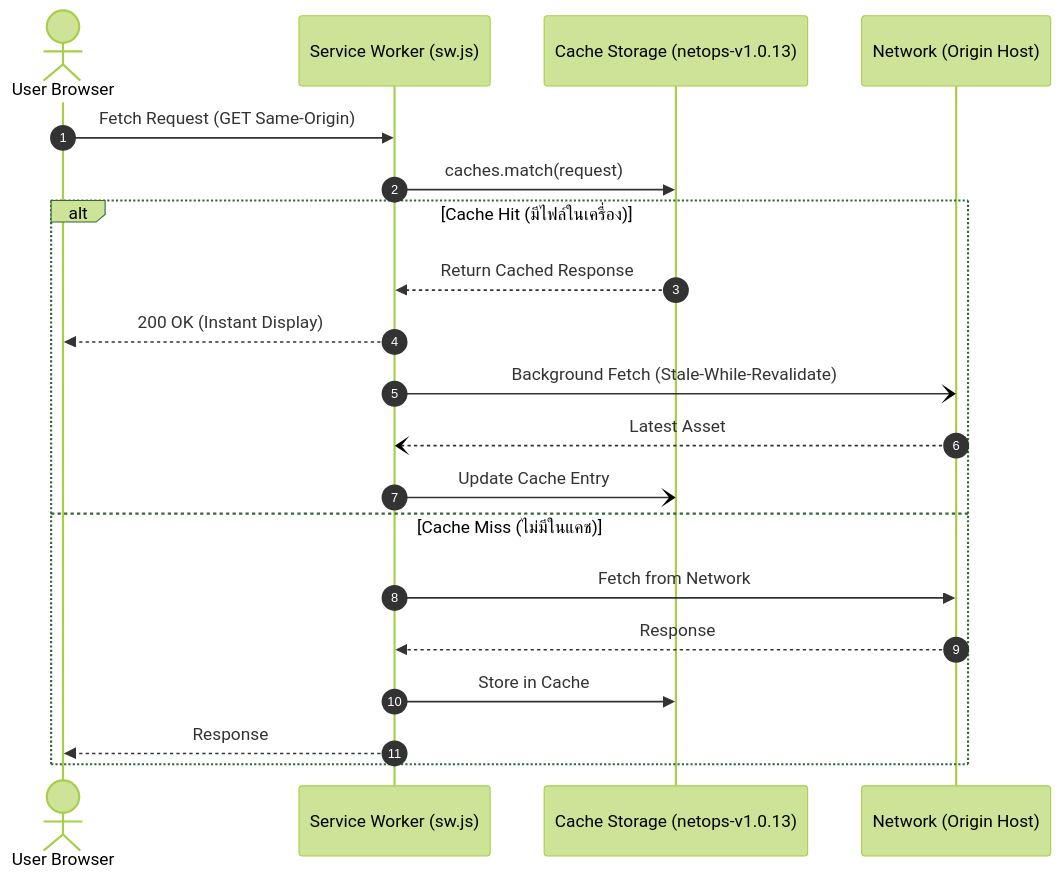
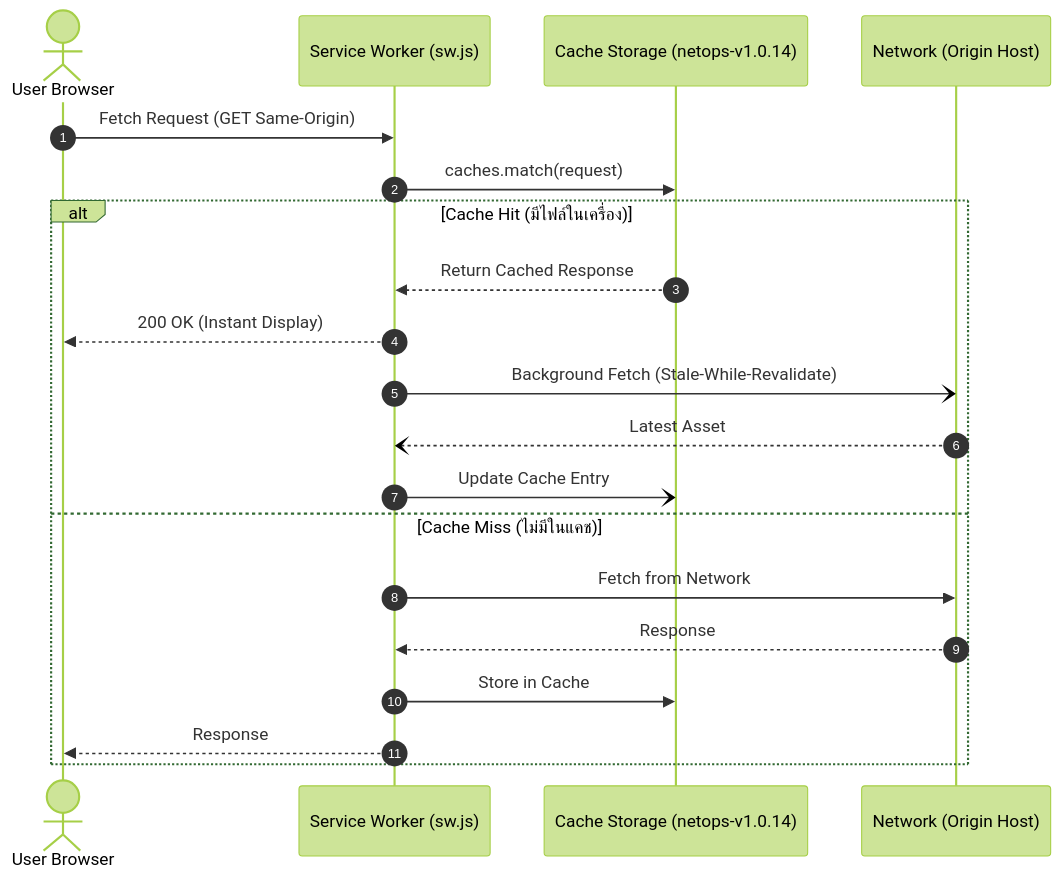
Before and after one commit to sathaporntwork/nw_online_tools: the third of 3 diagrams in ARCHITECTURE.md, drawn with Mermaid (forest theme). The commit also changed other lines of this file and 9 other files, not shown here.

````diff
--- a/ARCHITECTURE.md
+++ b/ARCHITECTURE.md
@@ -193,23 +193,23 @@
 ```mermaid
 sequenceDiagram
     autonumber
     actor User as User Browser
     participant SW as Service Worker (sw.js)
-    participant Cache as Cache Storage (netops-v1.0.13)
+    participant Cache as Cache Storage (netops-v1.0.14)
     participant Net as Network (Origin Host)
 
     User->>SW: Fetch Request (GET Same-Origin)
     SW->>Cache: caches.match(request)
     alt Cache Hit (มีไฟล์ในเครื่อง)
         Cache-->>SW: Return Cached Response
         SW-->>User: 200 OK (Instant Display)
         SW-)Net: Background Fetch (Stale-While-Revalidate)
         Net--)SW: Latest Asset
         SW-)Cache: Update Cache Entry
     else Cache Miss (ไม่มีในแคช)
         SW->>Net: Fetch from Network
         Net-->>SW: Response
         SW->>Cache: Store in Cache
         SW-->>User: Response
     end
 ```
````
